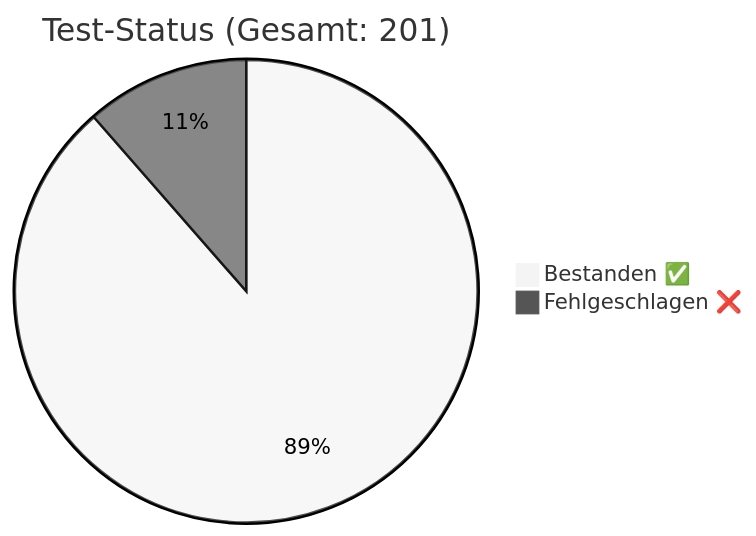
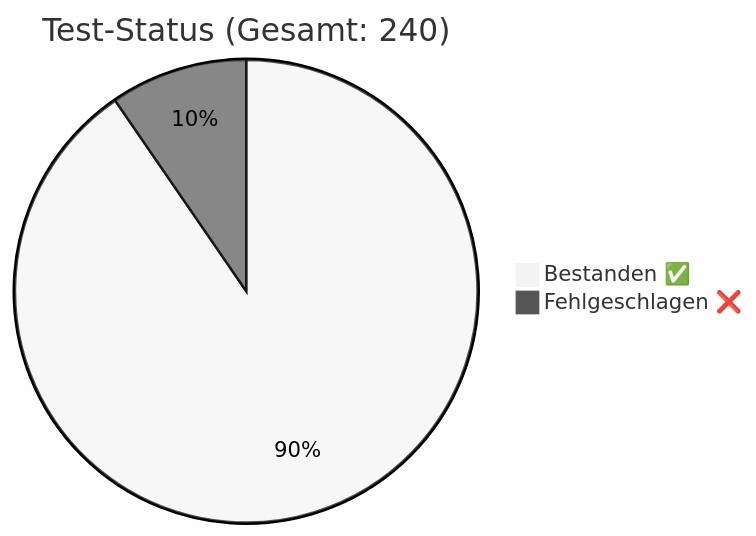
The diagram in docs/QA_Report.md (rorila/GCS), drawn with Mermaid (neutral theme) before and after one commit. The commit also changed other lines of this file and 18 other files, not shown here.

````diff
--- a/docs/QA_Report.md
+++ b/docs/QA_Report.md
@@ -7,5 +7,5 @@
 ```mermaid
-pie title Test-Status (Gesamt: 201)
-    "Bestanden ✅" : 178
+pie title Test-Status (Gesamt: 240)
+    "Bestanden ✅" : 217
     "Fehlgeschlagen ❌" : 23
 ```
````
